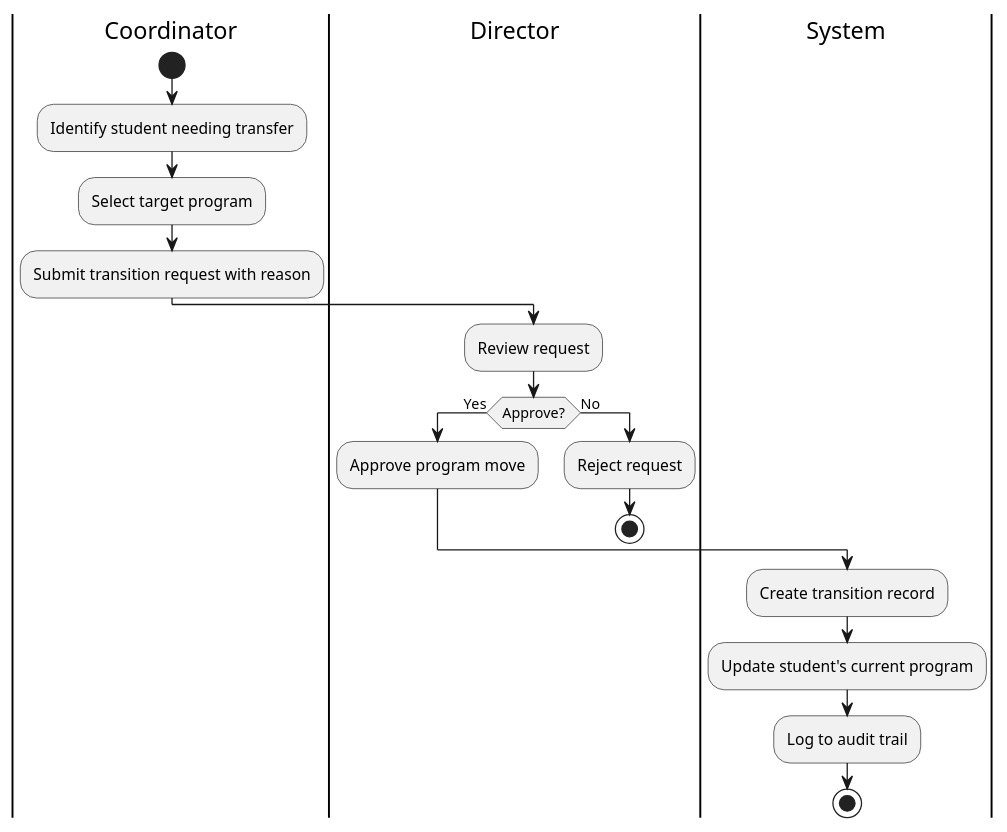
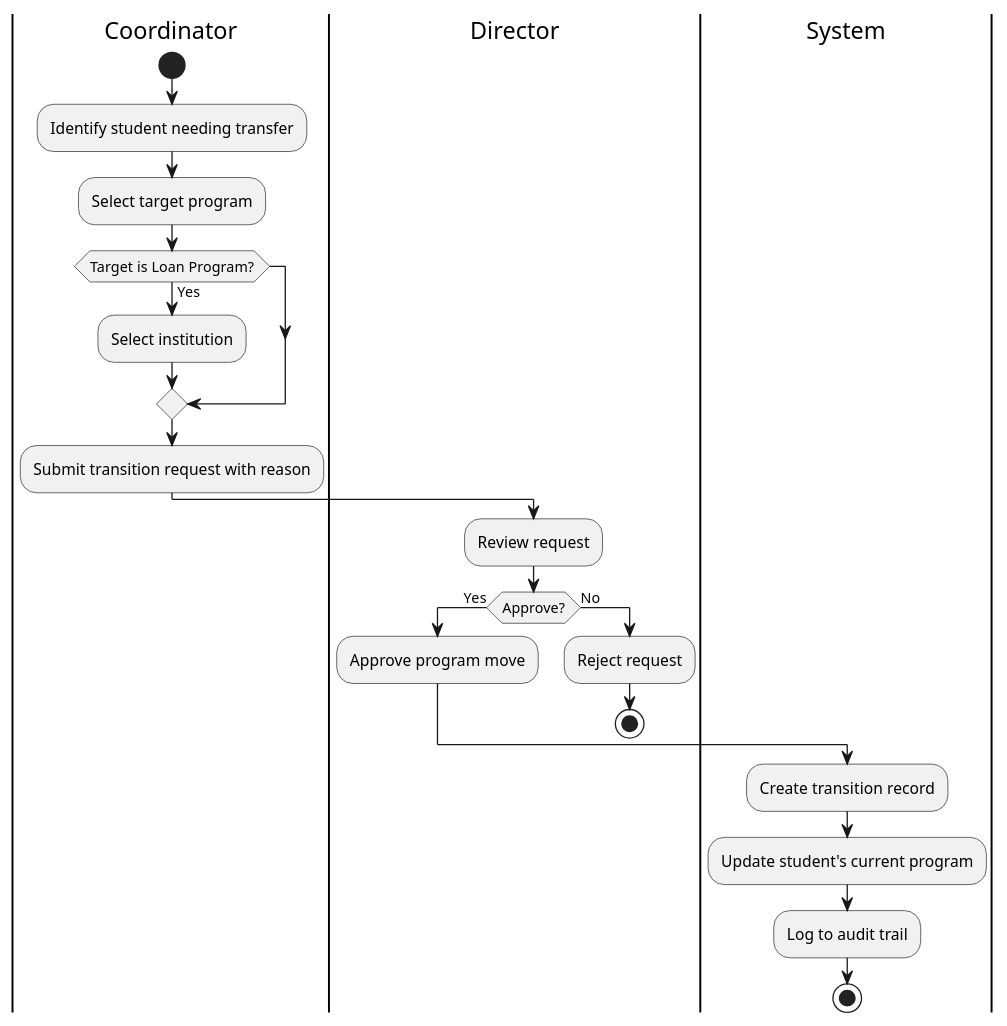
One commit to TainYanTun/BHSMS-Architectural-Blueprint changed the diagram in activity-diagram/workflow_transition.puml. Above: the diagram before and after it, drawn with PlantUML. The commit also changed 7 other files, not shown here.

```diff
--- a/activity-diagram/workflow_transition.puml
+++ b/activity-diagram/workflow_transition.puml
@@ -1,22 +1,25 @@
 @startuml
 |Coordinator|
 start
 :Identify student needing transfer;
 :Select target program;
+if (Target is Loan Program?) then (Yes)
+  :Select institution;
+endif
 :Submit transition request with reason;
 
 |Director|
 :Review request;
 if (Approve?) then (Yes)
   :Approve program move;
 else (No)
   :Reject request;
   stop
 endif
 
 |System|
 :Create transition record;
 :Update student's current program;
 :Log to audit trail;
 stop
 @enduml
```
